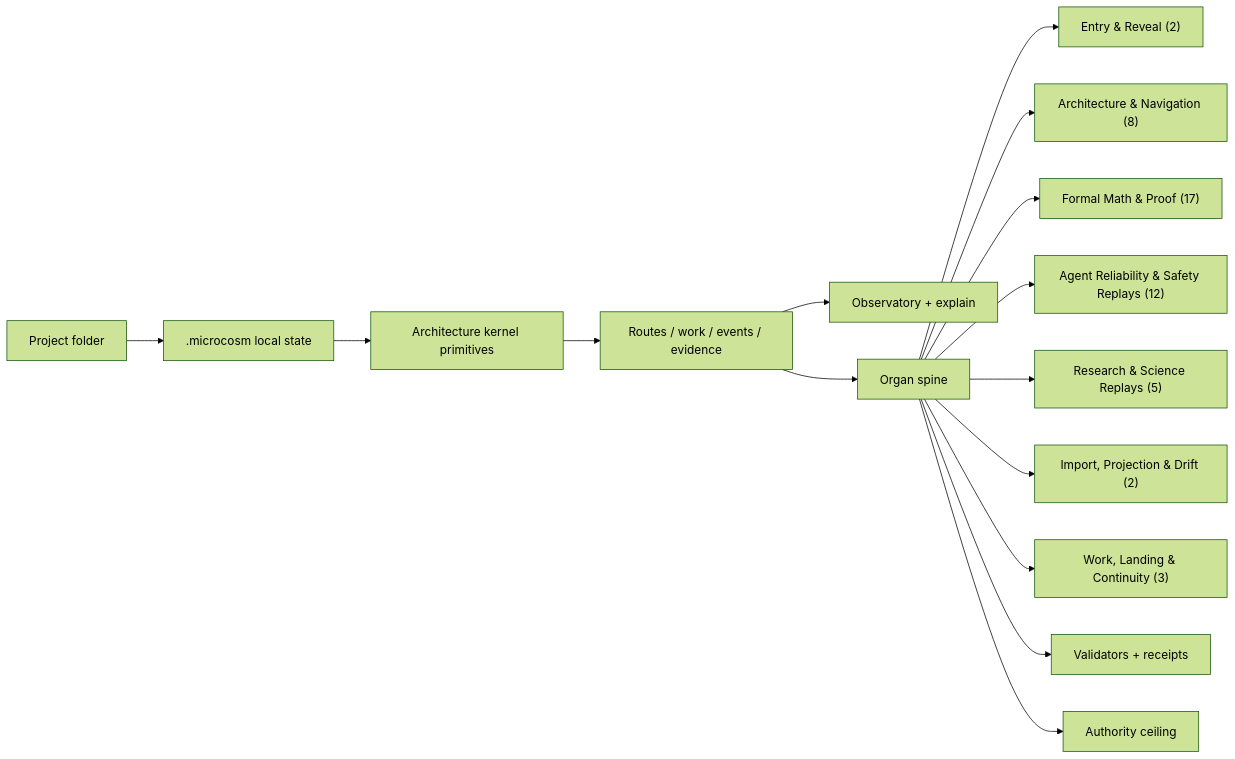
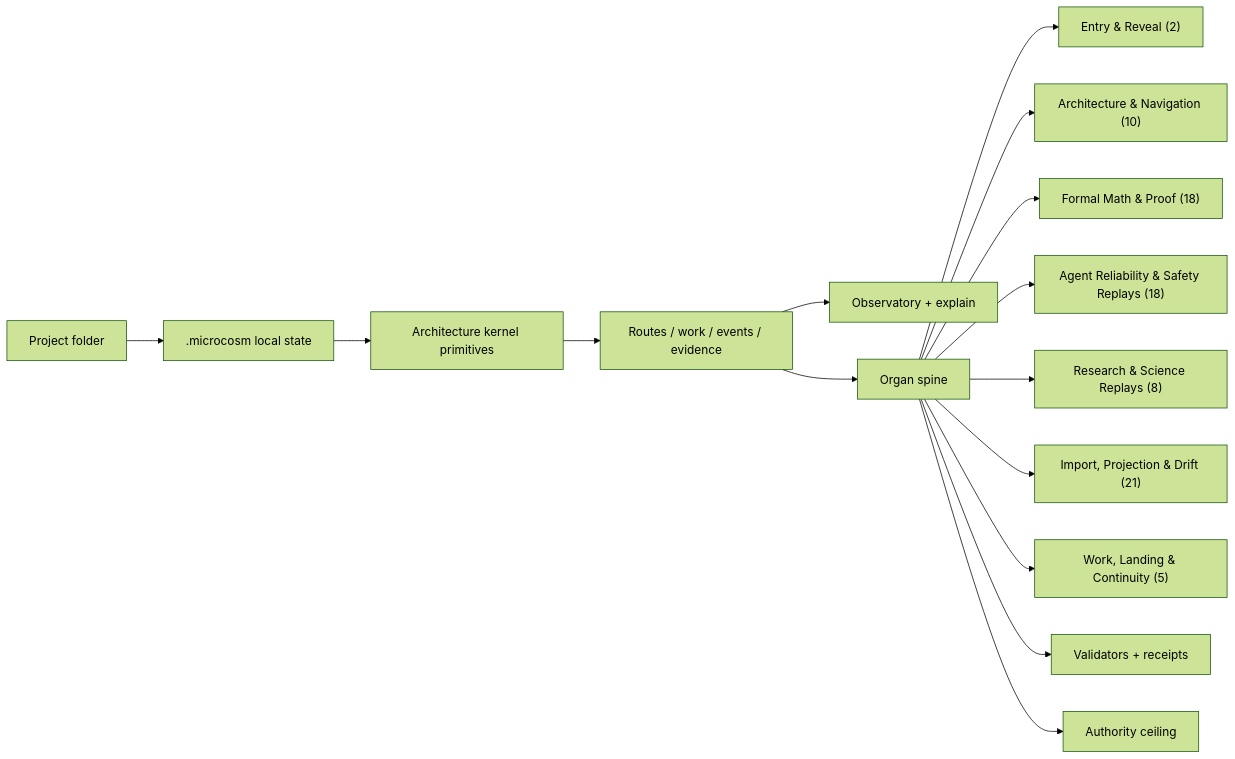
The third of 5 diagrams in ARCHITECTURE.md (wcook04/plectis), drawn with Mermaid (forest theme) before and after one commit. The commit also changed other lines of this file and 3886 other files, not shown here.

````diff
--- a/ARCHITECTURE.md
+++ b/ARCHITECTURE.md
@@ -68,17 +94,17 @@
 ```mermaid
 flowchart LR
   P[Project folder] --> M[".microcosm local state"]
   M --> K[Architecture kernel primitives]
   K --> R[Routes / work / events / evidence]
   R --> O[Observatory + explain]
   R --> S[Organ spine]
   S --> EAR["Entry & Reveal (2)"]
-  S --> AAN["Architecture & Navigation (8)"]
-  S --> FMAP["Formal Math & Proof (17)"]
-  S --> ARAS["Agent Reliability & Safety Replays (12)"]
-  S --> RASR["Research & Science Replays (5)"]
-  S --> IPAD["Import, Projection & Drift (2)"]
-  S --> WLAC["Work, Landing & Continuity (3)"]
+  S --> AAN["Architecture & Navigation (10)"]
+  S --> FMAP["Formal Math & Proof (18)"]
+  S --> ARAS["Agent Reliability & Safety Replays (18)"]
+  S --> RASR["Research & Science Replays (8)"]
+  S --> IPAD["Import, Projection & Drift (21)"]
+  S --> WLAC["Work, Landing & Continuity (5)"]
   S --> V[Validators + receipts]
   S --> AC[Authority ceiling]
 ```
````
